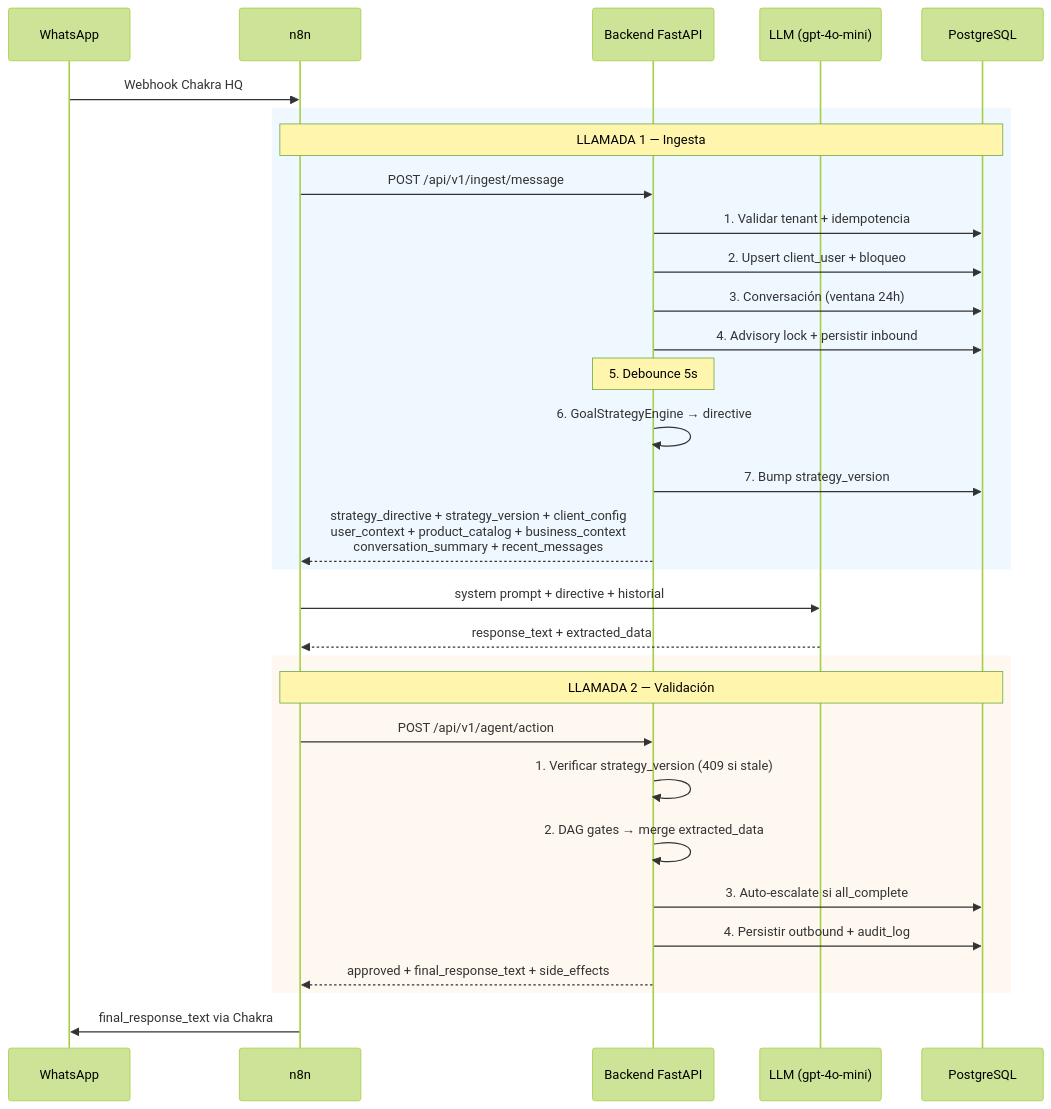
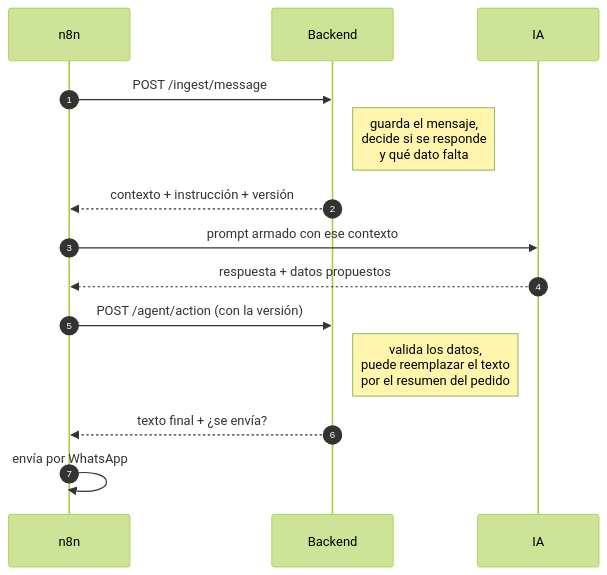
The third of 9 diagrams in README.md (SRam3/agent-backend), drawn with Mermaid (forest theme) before and after one commit. The commit also changed other lines of this file, not shown here.

First line of the commit message:
docs: README más corto y visual, alineado con el sistema actual

````diff
--- a/README.md
+++ b/README.md
@@ -52,38 +61,17 @@
 ```mermaid
 sequenceDiagram
-    participant W as WhatsApp
+    autonumber
     participant N as n8n
-    participant B as Backend FastAPI
-    participant L as LLM (gpt-4o-mini)
-    participant DB as PostgreSQL
+    participant B as Backend
+    participant AI as IA
 
-    W->>N: Webhook Chakra HQ
-
-    rect rgb(240, 248, 255)
-    Note over N,DB: LLAMADA 1 — Ingesta
-    N->>B: POST /api/v1/ingest/message
-    B->>DB: 1. Validar tenant + idempotencia
-    B->>DB: 2. Upsert client_user + bloqueo
-    B->>DB: 3. Conversación (ventana 24h)
-    B->>DB: 4. Advisory lock + persistir inbound
-    Note over B: 5. Debounce 5s
-    B->>B: 6. GoalStrategyEngine → directive
-    B->>DB: 7. Bump strategy_version
-    B-->>N: strategy_directive + strategy_version + client_config<br/>user_context + product_catalog + business_context<br/>conversation_summary + recent_messages
-    end
-
-    N->>L: system prompt + directive + historial
-    L-->>N: response_text + extracted_data
-
-    rect rgb(255, 248, 240)
-    Note over N,DB: LLAMADA 2 — Validación
-    N->>B: POST /api/v1/agent/action
-    B->>B: 1. Verificar strategy_version (409 si stale)
-    B->>B: 2. DAG gates → merge extracted_data
-    B->>DB: 3. Auto-escalate si all_complete
-    B->>DB: 4. Persistir outbound + audit_log
-    B-->>N: approved + final_response_text + side_effects
-    end
-
-    N->>W: final_response_text via Chakra
+    N->>B: POST /ingest/message
+    Note right of B: guarda el mensaje,<br/>decide si se responde<br/>y qué dato falta
+    B-->>N: contexto + instrucción + versión
+    N->>AI: prompt armado con ese contexto
+    AI-->>N: respuesta + datos propuestos
+    N->>B: POST /agent/action (con la versión)
+    Note right of B: valida los datos,<br/>puede reemplazar el texto<br/>por el resumen del pedido
+    B-->>N: texto final + ¿se envía?
+    N->>N: envía por WhatsApp
 ```
````
